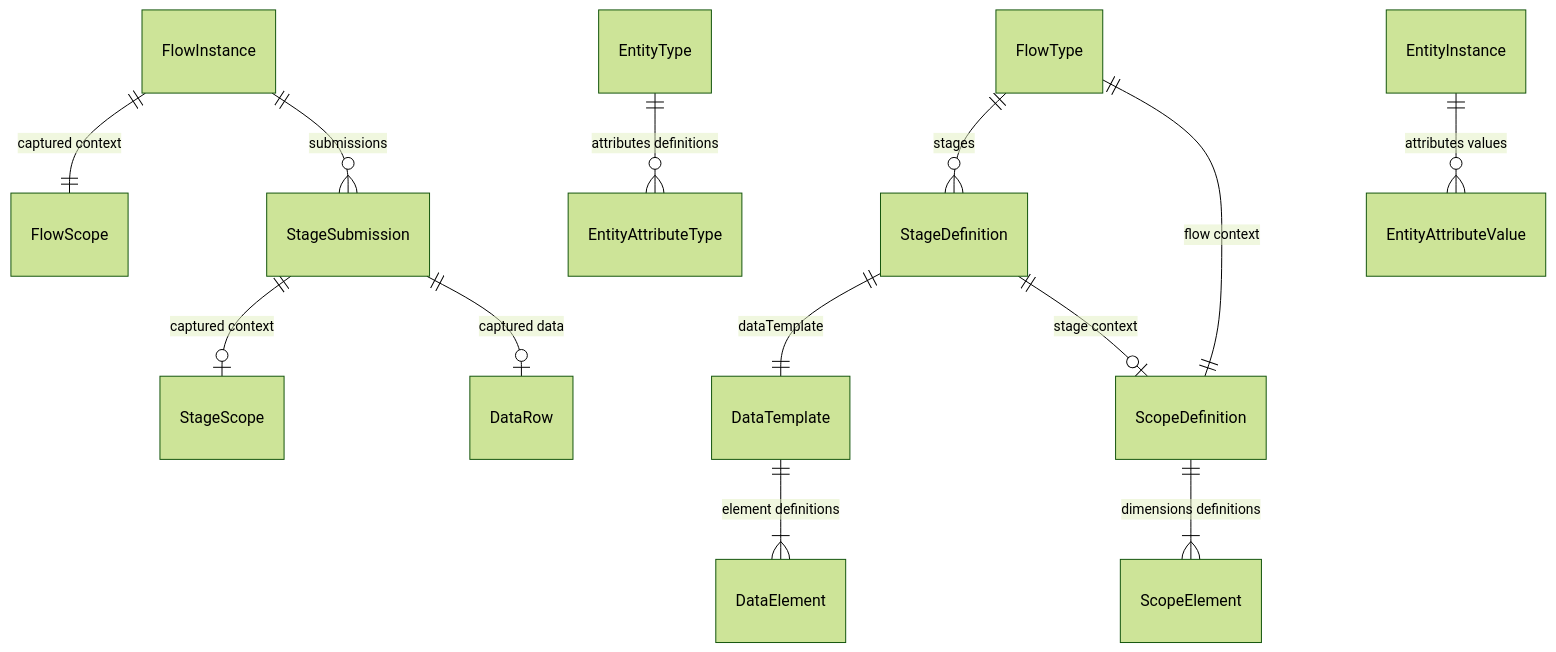
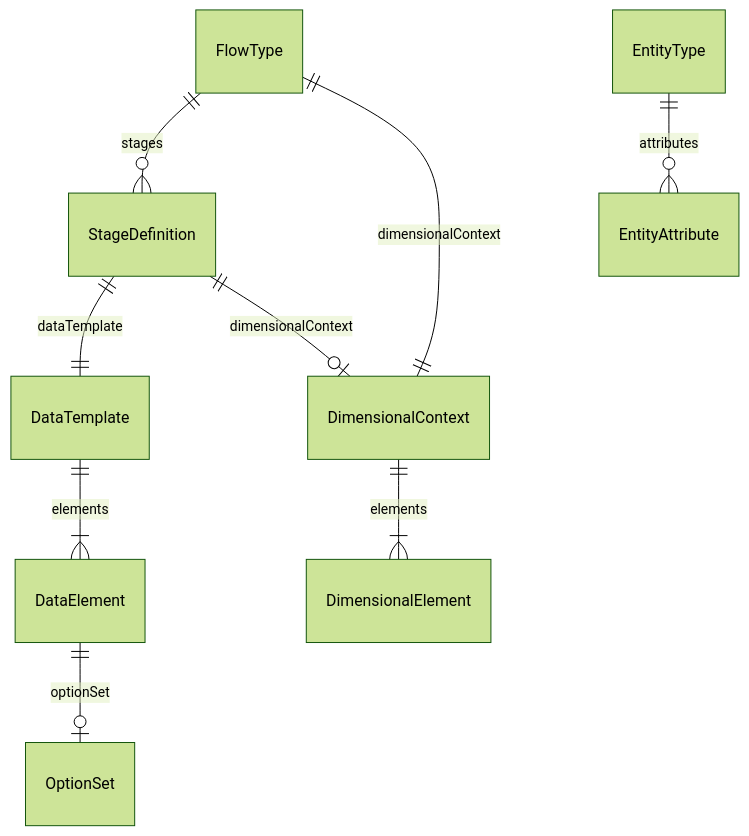
One commit to DataRun-ye/data-run-api changed the first of 6 diagrams in documentation/finalized/system-entities.md. Above: the diagram before and after it, drawn with Mermaid (forest theme). The commit also changed other lines of this file and 361 other files, not shown here.

````diff
--- a/documentation/finalized/system-entities.md
+++ b/documentation/finalized/system-entities.md
@@ -111,15 +97,11 @@
 ```mermaid
 erDiagram
     FlowType ||--o{ StageDefinition: "stages"
-    FlowType ||--|| ScopeDefinition: "flow context"
-    FlowInstance ||--|| FlowScope: "captured context"
-    FlowInstance ||--o{ StageSubmission: "submissions"
-    StageSubmission ||--o| StageScope: "captured context"
-    StageSubmission ||--o| DataRow: "captured data"
-    EntityType ||--o{ EntityAttributeType: "attributes definitions"
-    EntityInstance ||--o{ EntityAttributeValue: "attributes values"
+    FlowType ||--|| DimensionalContext: "dimensionalContext"
+    EntityType ||--o{ EntityAttribute: "attributes"
     StageDefinition ||--|| DataTemplate: "dataTemplate"
-    StageDefinition ||--o| ScopeDefinition: "stage context"
-    ScopeDefinition ||--|{ ScopeElement: "dimensions definitions"
-    DataTemplate ||--|{ DataElement: "element definitions"
+    StageDefinition ||--o| DimensionalContext: "dimensionalContext"
+    DimensionalContext ||--|{ DimensionalElement: "elements"
+    DataTemplate ||--|{ DataElement: "elements"
+    DataElement ||--o| OptionSet: "optionSet"
 ```
````
